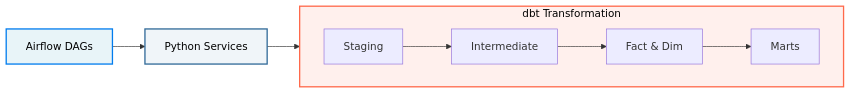
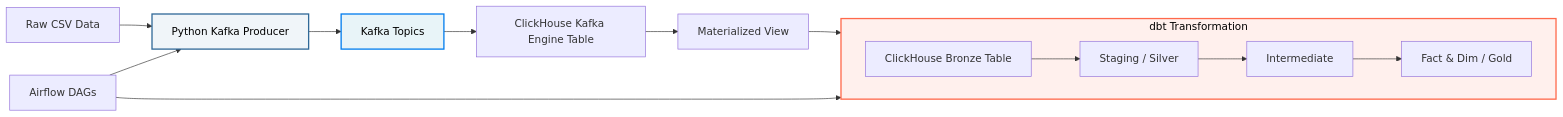
Before and after one commit to IBoss47/data-pipeline-project: the diagram in README.md, drawn with Mermaid. The commit also changed other lines of this file and 2 other files, not shown here.

````diff
--- a/README.md
+++ b/README.md
@@ -23,17 +20,20 @@
 ```mermaid
 flowchart LR
-    Airflow[Airflow DAGs] --> Services[Python Services]
+    Data[Raw CSV Data] --> Producer[Python Kafka Producer]
+    Producer --> Kafka[Kafka Topics]
+    Kafka --> CH_Kafka[ClickHouse Kafka Engine Table]
+    CH_Kafka --> CH_MV[Materialized View]
+    CH_MV --> CH_MergeTree[ClickHouse Bronze Table]
     
     subgraph dbt [dbt Transformation]
         direction LR
-        STG[Staging] --> INT[Intermediate]
-        INT --> CORE[Fact & Dim]
-        CORE --> MARTS[Marts]
+        CH_MergeTree --> STG[Staging / Silver] --> INT[Intermediate] --> CORE[Fact & Dim / Gold]
     end
     
-    Services --> STG
+    Airflow[Airflow DAGs] --> Producer
+    Airflow --> dbt
 
-    style Airflow fill:#e8f4f8,stroke:#017cee,stroke-width:2px,color:#000
-    style Services fill:#f0f5f9,stroke:#306998,stroke-width:2px,color:#000
+    style Kafka fill:#e8f4f8,stroke:#017cee,stroke-width:2px,color:#000
+    style Producer fill:#f0f5f9,stroke:#306998,stroke-width:2px,color:#000
     style dbt fill:#fff0ed,stroke:#ff694b,stroke-width:2px,color:#000
 ```
````
